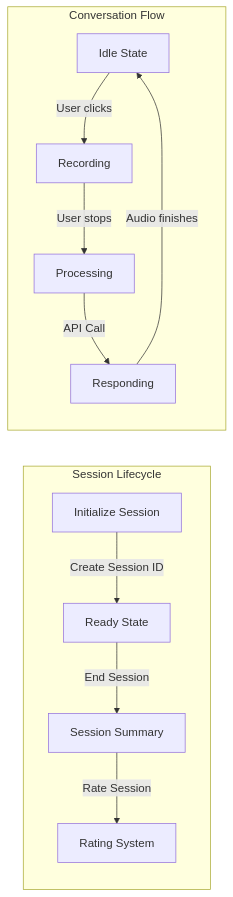
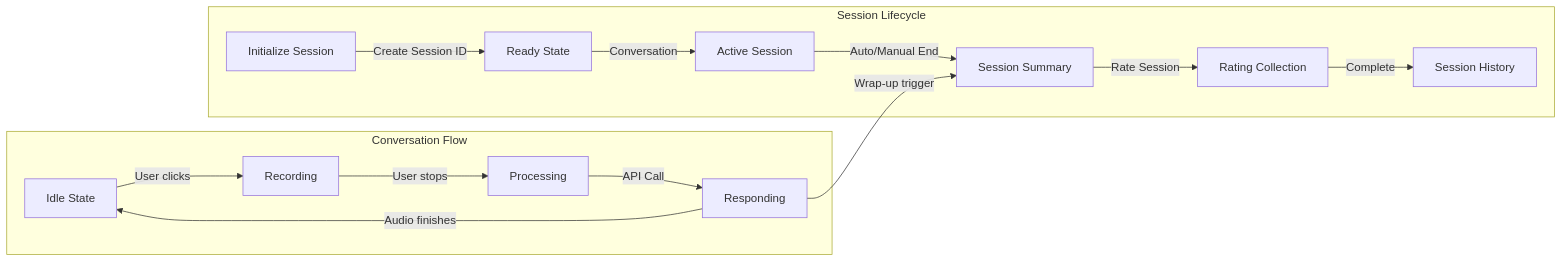
One commit to beerbear4369/design-to-reality-94 changed the seventh of 11 diagrams in memory-bank/systemPatterns.md. Above: the diagram before and after it, drawn with Mermaid. The commit also changed other lines of this file and 4 other files, not shown here.

````diff
--- a/memory-bank/systemPatterns.md
+++ b/memory-bank/systemPatterns.md
@@ -213,15 +290,18 @@
 ```mermaid
 flowchart LR
     subgraph Session Lifecycle
         INIT[Initialize Session] -->|Create Session ID| READY[Ready State]
-        READY -->|End Session| SUMMARY[Session Summary]
-        SUMMARY -->|Rate Session| RATING[Rating System]
+        READY -->|Conversation| ACTIVE[Active Session]
+        ACTIVE -->|Auto/Manual End| SUMMARY[Session Summary]
+        SUMMARY -->|Rate Session| RATING[Rating Collection]
+        RATING -->|Complete| HISTORY[Session History]
     end
     
     subgraph Conversation Flow
         IDLE[Idle State] -->|User clicks| REC[Recording]
         REC -->|User stops| PROC[Processing]
         PROC -->|API Call| RESP[Responding]
         RESP -->|Audio finishes| IDLE
+        RESP -->|Wrap-up trigger| SUMMARY
     end
 ```
````
